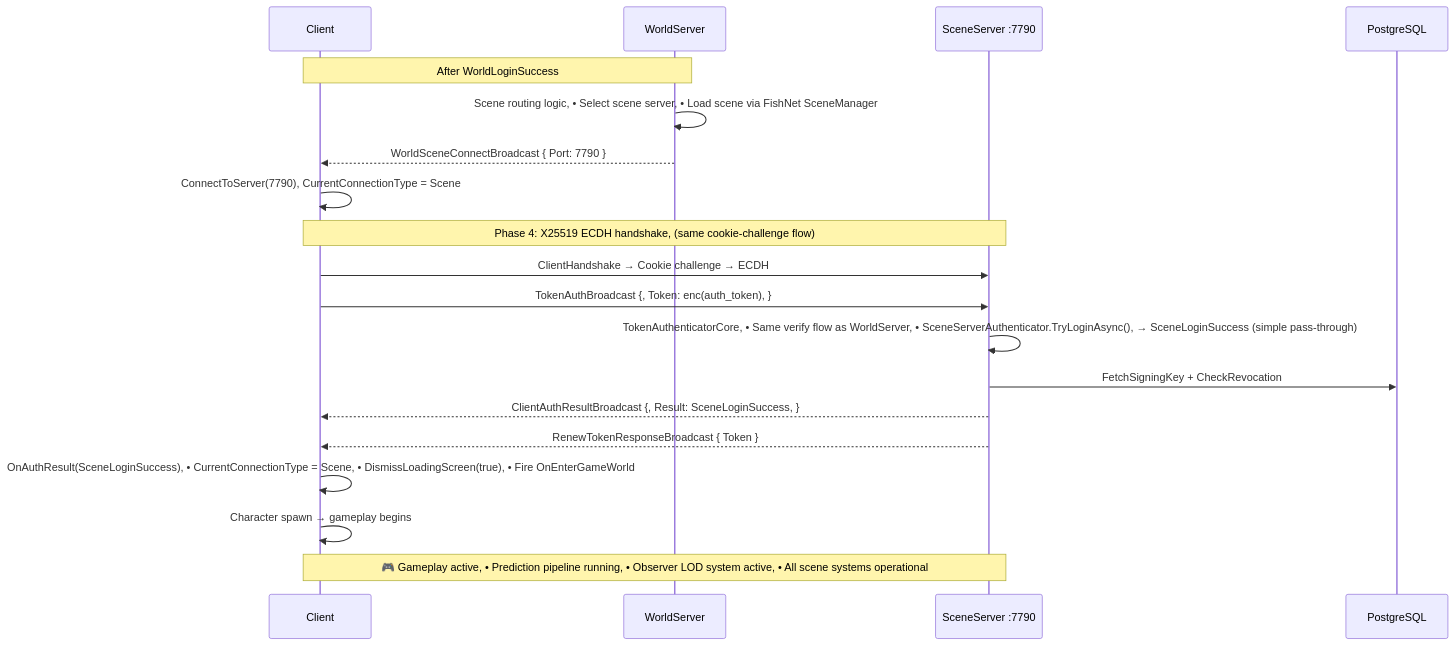
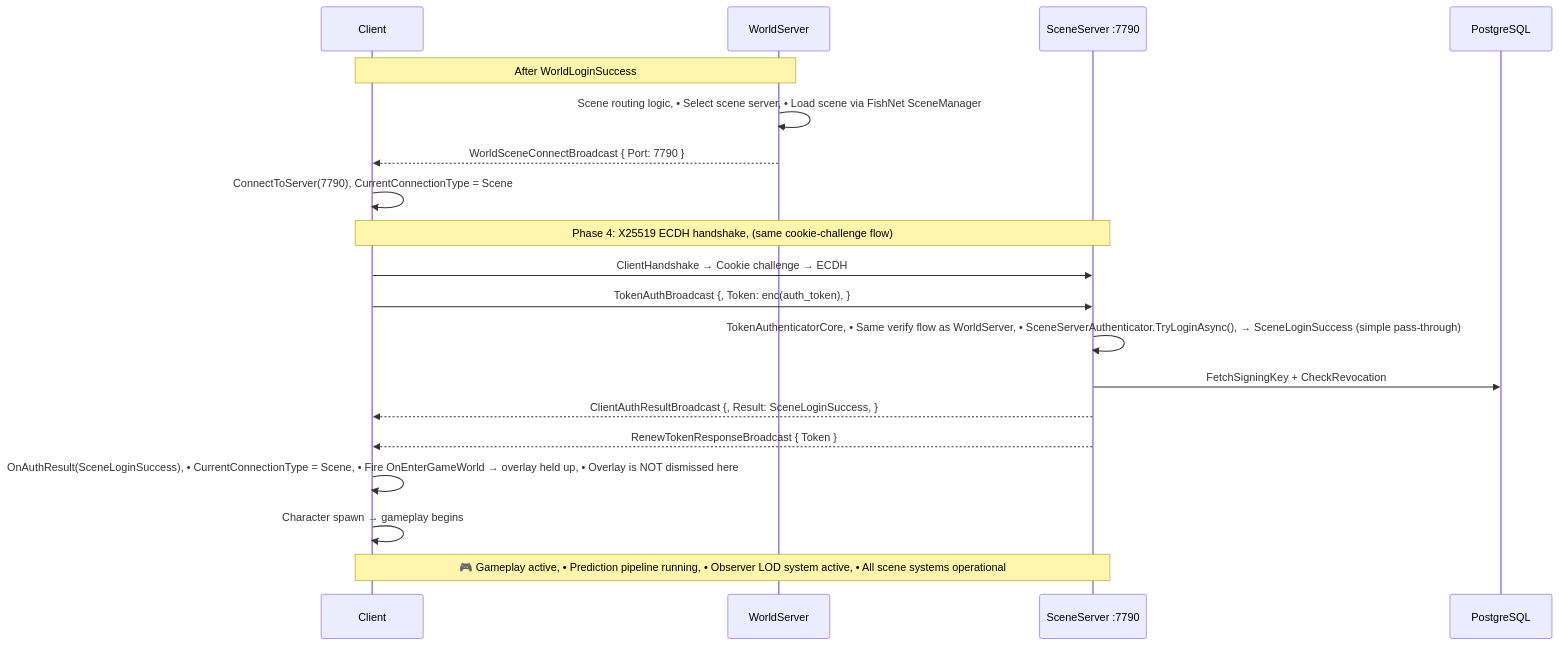
One commit to jimdroberts/FishMMO changed the tenth of 14 diagrams in CONNECTION_PIPELINE.md. Above: the diagram before and after it, drawn with Mermaid. The commit also changed other lines of this file and 11 other files, not shown here.

````diff
--- a/CONNECTION_PIPELINE.md
+++ b/CONNECTION_PIPELINE.md
@@ -615,34 +615,34 @@
 ```mermaid
 sequenceDiagram
     participant Client as Client
     participant World as WorldServer
     participant Scene as SceneServer :7790
     participant DB as PostgreSQL
 
     Note over Client,World: After WorldLoginSuccess
 
     World->>World: Scene routing logic, • Select scene server, • Load scene via FishNet SceneManager
 
     World-->>Client: WorldSceneConnectBroadcast { Port: 7790 }
 
     Client->>Client: ConnectToServer(7790), CurrentConnectionType = Scene
 
     Note over Client,Scene: Phase 4: X25519 ECDH handshake, (same cookie-challenge flow)
 
     Client->>Scene: ClientHandshake → Cookie challenge → ECDH
 
     Client->>Scene: TokenAuthBroadcast {,   Token: enc(auth_token), }
 
     Scene->>Scene: TokenAuthenticatorCore, • Same verify flow as WorldServer, • SceneServerAuthenticator.TryLoginAsync(),   → SceneLoginSuccess (simple pass-through)
 
     Scene->>DB: FetchSigningKey + CheckRevocation
 
     Scene-->>Client: ClientAuthResultBroadcast {,   Result: SceneLoginSuccess, }
     Scene-->>Client: RenewTokenResponseBroadcast { Token }
 
-    Client->>Client: OnAuthResult(SceneLoginSuccess), • CurrentConnectionType = Scene, • DismissLoadingScreen(true), • Fire OnEnterGameWorld
+    Client->>Client: OnAuthResult(SceneLoginSuccess), • CurrentConnectionType = Scene, • Fire OnEnterGameWorld → overlay held up, • Overlay is NOT dismissed here
 
     Client->>Client: Character spawn → gameplay begins
 
     Note over Client,Scene: 🎮 Gameplay active, • Prediction pipeline running, • Observer LOD system active, • All scene systems operational
 ```
````
